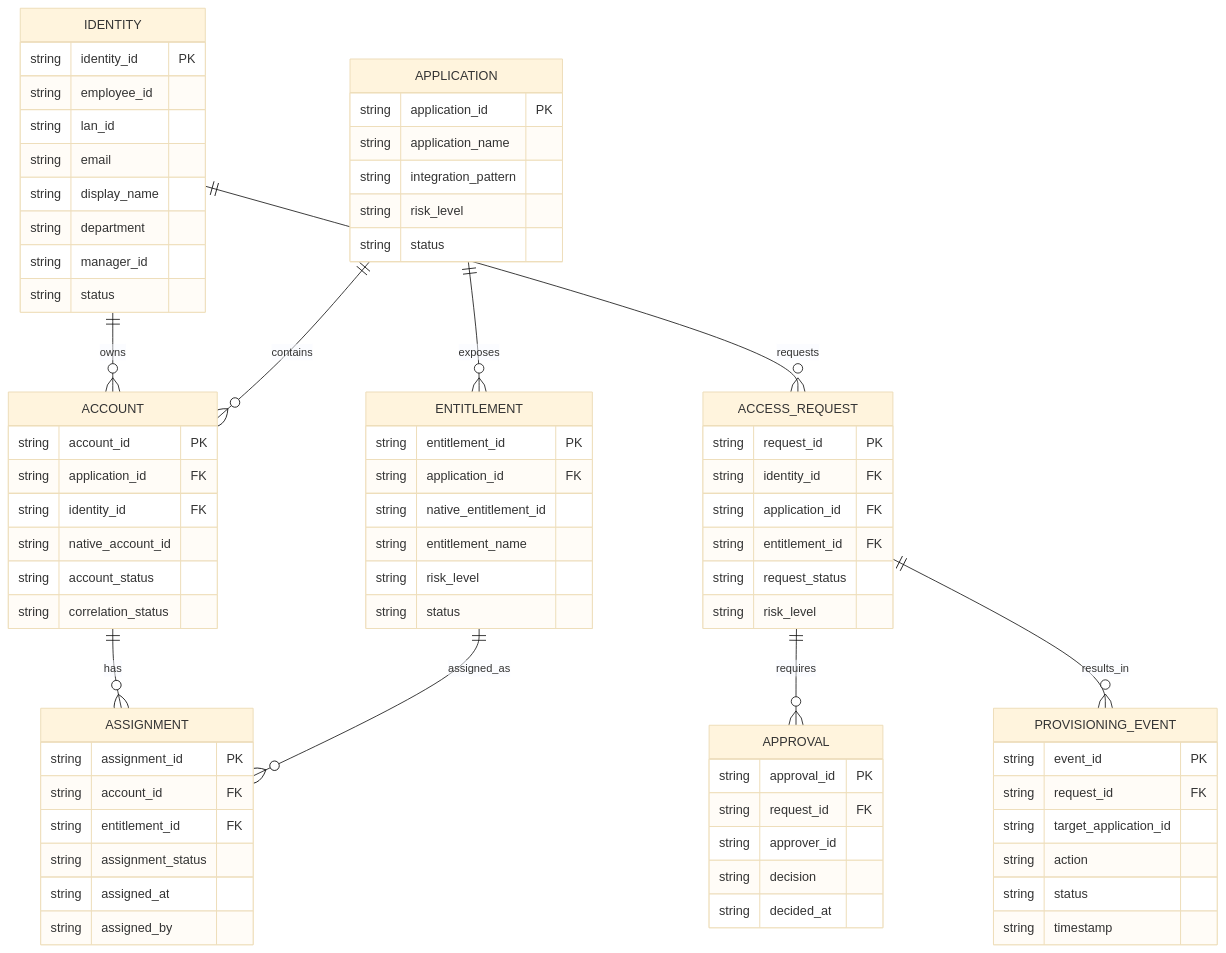
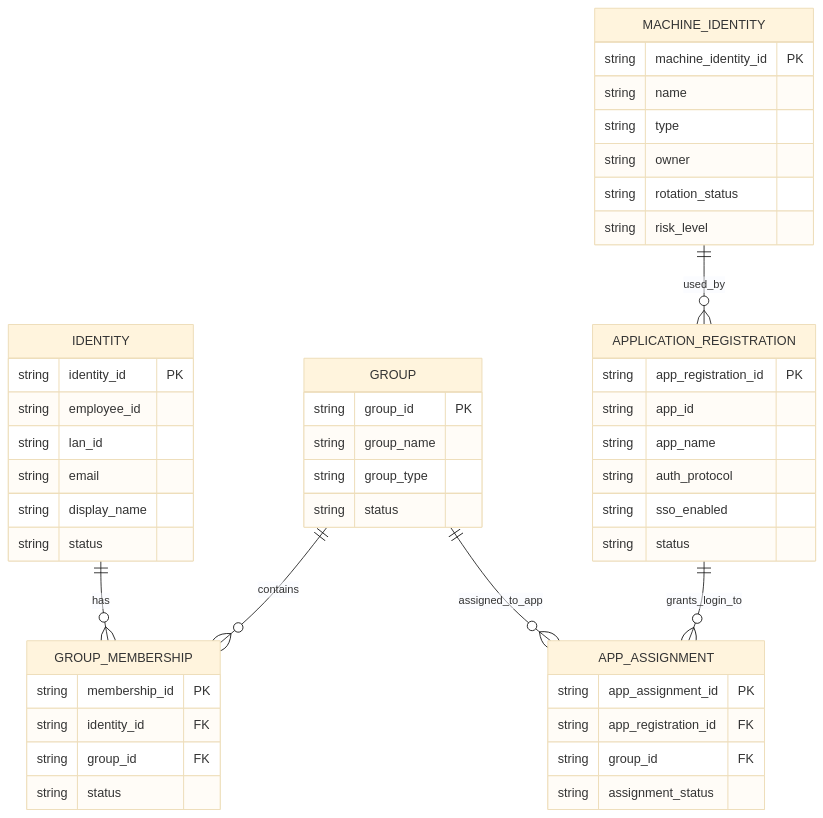
Before and after one commit to i-m-rish/luffy: the ninth of 15 diagrams in docs/diagrams.md, drawn with Mermaid (base theme). The commit also changed other lines of this file, not shown here.

Commit message:
Expand Mermaid diagrams documentation

````diff
--- a/docs/diagrams.md
+++ b/docs/diagrams.md
@@ -141,13 +372,10 @@
 ```mermaid
 erDiagram
-    IDENTITY ||--o{ ACCOUNT : owns
-    APPLICATION ||--o{ ACCOUNT : contains
-    APPLICATION ||--o{ ENTITLEMENT : exposes
-    ACCOUNT ||--o{ ASSIGNMENT : has
-    ENTITLEMENT ||--o{ ASSIGNMENT : assigned_as
-    IDENTITY ||--o{ ACCESS_REQUEST : requests
-    ACCESS_REQUEST ||--o{ APPROVAL : requires
-    ACCESS_REQUEST ||--o{ PROVISIONING_EVENT : results_in
+    IDENTITY ||--o{ GROUP_MEMBERSHIP : has
+    GROUP ||--o{ GROUP_MEMBERSHIP : contains
+    APPLICATION_REGISTRATION ||--o{ APP_ASSIGNMENT : grants_login_to
+    GROUP ||--o{ APP_ASSIGNMENT : assigned_to_app
+    MACHINE_IDENTITY ||--o{ APPLICATION_REGISTRATION : used_by
 
     IDENTITY {
         string identity_id PK
@@ -155,69 +383,45 @@
         string lan_id
         string email
         string display_name
-        string department
-        string manager_id
         string status
     }
 
-    APPLICATION {
-        string application_id PK
-        string application_name
-        string integration_pattern
-        string risk_level
+    GROUP {
+        string group_id PK
+        string group_name
+        string group_type
         string status
     }
 
-    ACCOUNT {
-        string account_id PK
-        string application_id FK
+    GROUP_MEMBERSHIP {
+        string membership_id PK
         string identity_id FK
-        string native_account_id
-        string account_status
-        string correlation_status
-    }
-
-    ENTITLEMENT {
-        string entitlement_id PK
-        string application_id FK
-        string native_entitlement_id
-        string entitlement_name
-        string risk_level
+        string group_id FK
         string status
     }
 
-    ASSIGNMENT {
-        string assignment_id PK
-        string account_id FK
-        string entitlement_id FK
-        string assignment_status
-        string assigned_at
-        string assigned_by
+    APPLICATION_REGISTRATION {
+        string app_registration_id PK
+        string app_id
+        string app_name
+        string auth_protocol
+        string sso_enabled
+        string status
     }
 
-    ACCESS_REQUEST {
-        string request_id PK
-        string identity_id FK
-        string application_id FK
-        string entitlement_id FK
-        string request_status
+    APP_ASSIGNMENT {
+        string app_assignment_id PK
+        string app_registration_id FK
+        string group_id FK
+        string assignment_status
+    }
+
+    MACHINE_IDENTITY {
+        string machine_identity_id PK
+        string name
+        string type
+        string owner
+        string rotation_status
         string risk_level
     }
-
-    APPROVAL {
-        string approval_id PK
-        string request_id FK
-        string approver_id
-        string decision
-        string decided_at
-    }
-
-    PROVISIONING_EVENT {
-        string event_id PK
-        string request_id FK
-        string target_application_id
-        string action
-        string status
-        string timestamp
-    }
 ```
````
